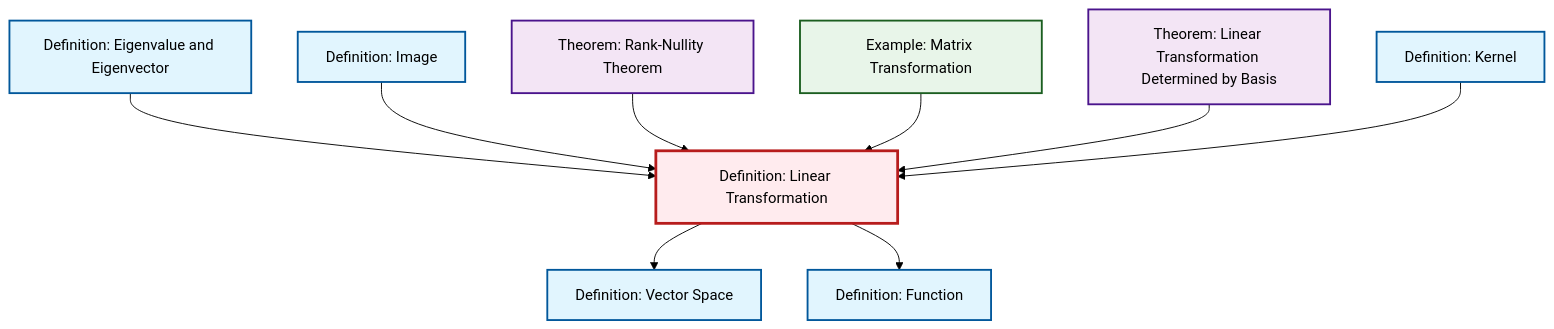
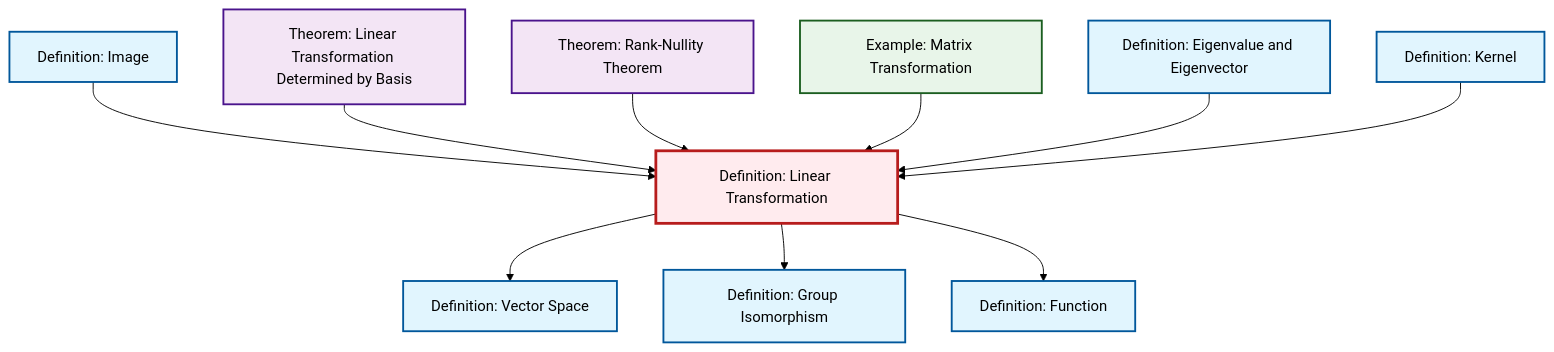
Before and after one commit to RK0429/ModernMath: the diagram in content/en/algebra/def-linear-transformation.qmd, drawn with Mermaid (forest theme). The commit also changed other lines of this file and 581 other files, not shown here.

````diff
--- a/content/en/algebra/def-linear-transformation.qmd
+++ b/content/en/algebra/def-linear-transformation.qmd
@@ -46,35 +46,38 @@
 ```{mermaid}
 %%| fig-cap: "Local dependency graph"
 graph TD
     classDef definition fill:#e1f5fe,stroke:#01579b,stroke-width:2px
     classDef theorem fill:#f3e5f5,stroke:#4a148c,stroke-width:2px
     classDef axiom fill:#fff3e0,stroke:#e65100,stroke-width:2px
     classDef example fill:#e8f5e9,stroke:#1b5e20,stroke-width:2px
     classDef current fill:#ffebee,stroke:#b71c1c,stroke-width:3px
     def-vector-space["Definition: Vector Space"]:::definition
+    def-image["Definition: Image"]:::definition
+    ex-matrix-transformation["Example: Matrix Transformation"]:::example
+    def-function["Definition: Function"]:::definition
+    thm-rank-nullity["Theorem: Rank-Nullity Theorem"]:::theorem
+    def-eigenvalue-eigenvector["Definition: Eigenvalue and Eigenvector"]:::definition
     thm-linear-transformation-basis["Theorem: Linear Transformation Determined by Basis"]:::theorem
-    thm-rank-nullity["Theorem: Rank-Nullity Theorem"]:::theorem
-    def-image["Definition: Image"]:::definition
+    def-linear-transformation["Definition: Linear Transformation"]:::definition
+    def-isomorphism["Definition: Group Isomorphism"]:::definition
     def-kernel["Definition: Kernel"]:::definition
-    def-linear-transformation["Definition: Linear Transformation"]:::definition
-    def-function["Definition: Function"]:::definition
-    ex-matrix-transformation["Example: Matrix Transformation"]:::example
-    def-eigenvalue-eigenvector["Definition: Eigenvalue and Eigenvector"]:::definition
     def-linear-transformation --> def-vector-space
-    def-linear-transformation --> def-function
-    def-eigenvalue-eigenvector --> def-linear-transformation
     def-image --> def-linear-transformation
+    thm-linear-transformation-basis --> def-linear-transformation
     thm-rank-nullity --> def-linear-transformation
     ex-matrix-transformation --> def-linear-transformation
-    thm-linear-transformation-basis --> def-linear-transformation
+    def-eigenvalue-eigenvector --> def-linear-transformation
     def-kernel --> def-linear-transformation
+    def-linear-transformation --> def-isomorphism
+    def-linear-transformation --> def-function
     class def-linear-transformation current
     click def-vector-space "def-vector-space.html" "Go to Vector Space definition"
+    click def-image "def-image.html" "Go to Image definition"
+    click ex-matrix-transformation "ex-matrix-transformation.html" "Go to Matrix Transformation example"
+    click def-function "def-function.html" "Go to Function definition"
+    click thm-rank-nullity "thm-rank-nullity.html" "Go to Rank-Nullity Theorem theorem"
+    click def-eigenvalue-eigenvector "def-eigenvalue-eigenvector.html" "Go to Eigenvalue and Eigenvector definition"
     click thm-linear-transformation-basis "thm-linear-transformation-basis.html" "Go to Linear Transformation Determined by Basis theorem"
-    click thm-rank-nullity "thm-rank-nullity.html" "Go to Rank-Nullity Theorem theorem"
-    click def-image "def-image.html" "Go to Image definition"
+    click def-isomorphism "def-isomorphism.html" "Go to Group Isomorphism definition"
     click def-kernel "def-kernel.html" "Go to Kernel definition"
-    click def-function "def-function.html" "Go to Function definition"
-    click ex-matrix-transformation "ex-matrix-transformation.html" "Go to Matrix Transformation example"
-    click def-eigenvalue-eigenvector "def-eigenvalue-eigenvector.html" "Go to Eigenvalue and Eigenvector definition"
 ```
````
